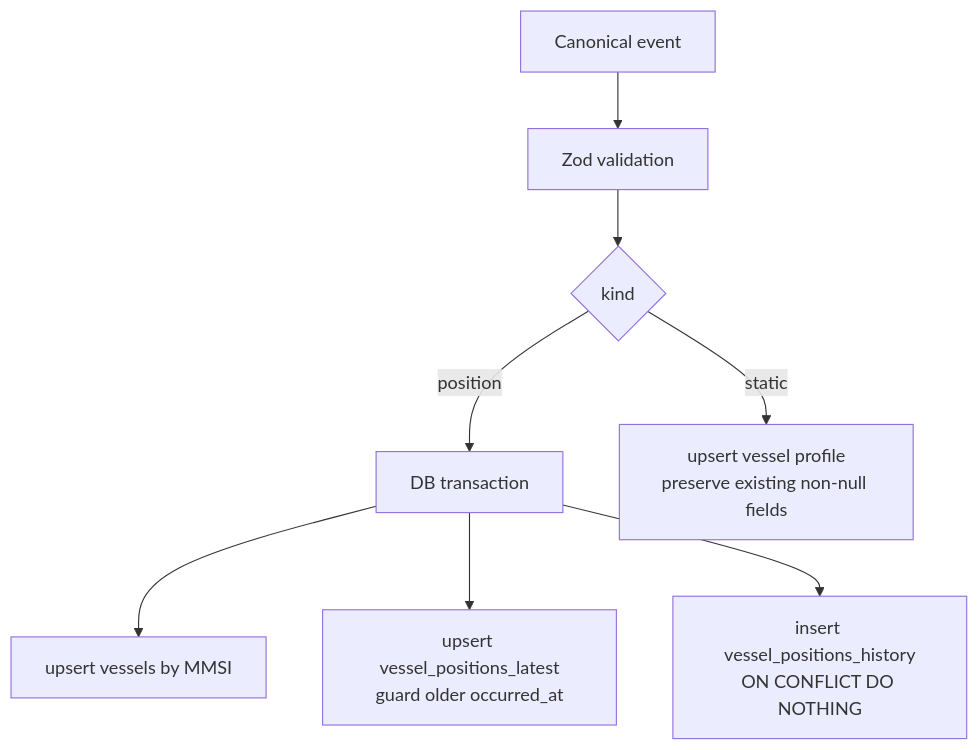
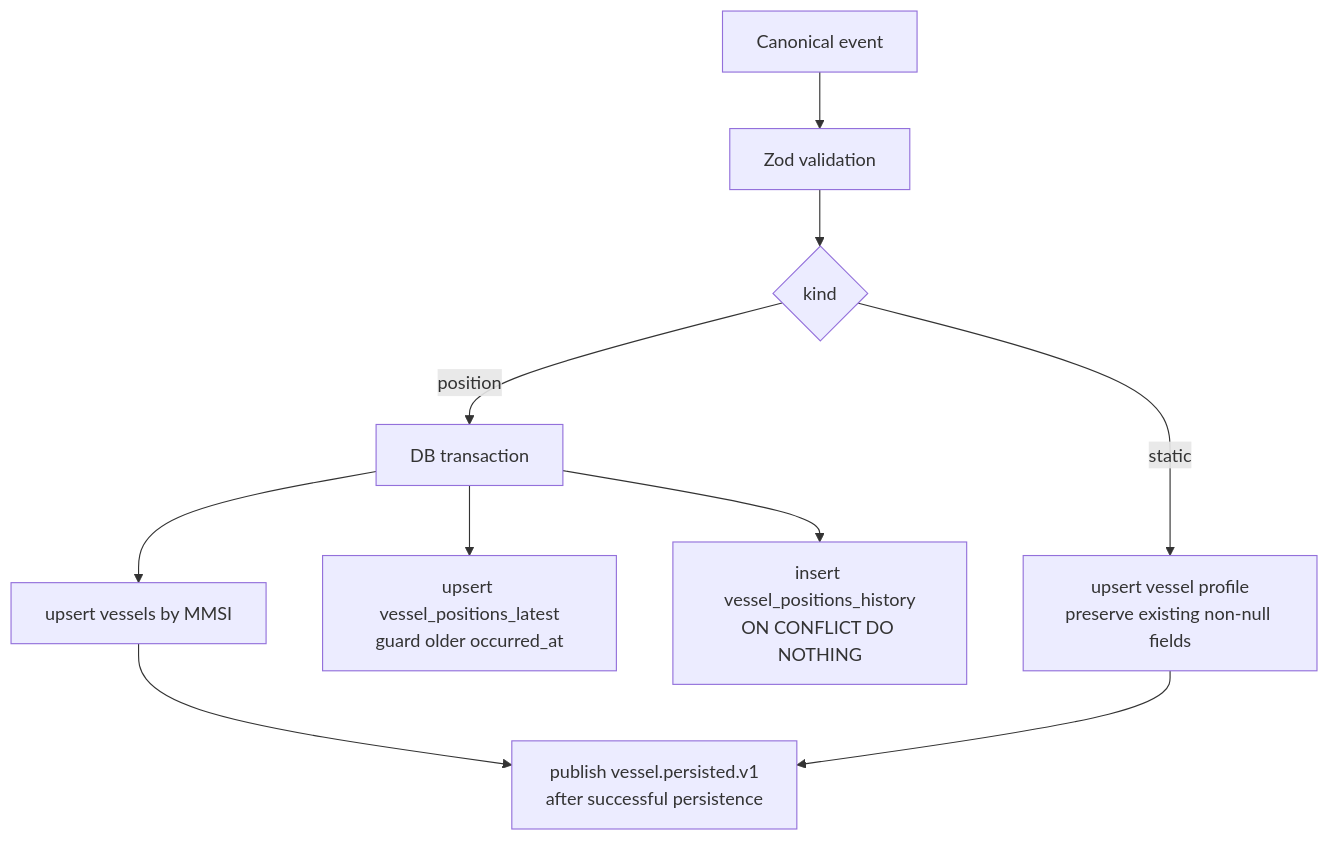
The second of 4 diagrams in docs/architecture-review.md (OlegPavlyuk/ais-tracking-system), drawn with Mermaid before and after one commit. The commit also changed other lines of this file and 4 other files, not shown here.

Commit message:
Update enrichment dispatch architecture docs

````diff
--- a/docs/architecture-review.md
+++ b/docs/architecture-review.md
@@ -95,10 +102,12 @@
 ```mermaid
 flowchart TB
   Event["Canonical event"] --> Validate["Zod validation"]
   Validate --> Kind{"kind"}
   Kind -->|"position"| Tx["DB transaction"]
   Tx --> Vessel["upsert vessels by MMSI"]
   Tx --> Latest["upsert vessel_positions_latest<br/>guard older occurred_at"]
   Tx --> History["insert vessel_positions_history<br/>ON CONFLICT DO NOTHING"]
   Kind -->|"static"| Profile["upsert vessel profile<br/>preserve existing non-null fields"]
+  Vessel --> Persisted["publish vessel.persisted.v1<br/>after successful persistence"]
+  Profile --> Persisted
 ```
````
